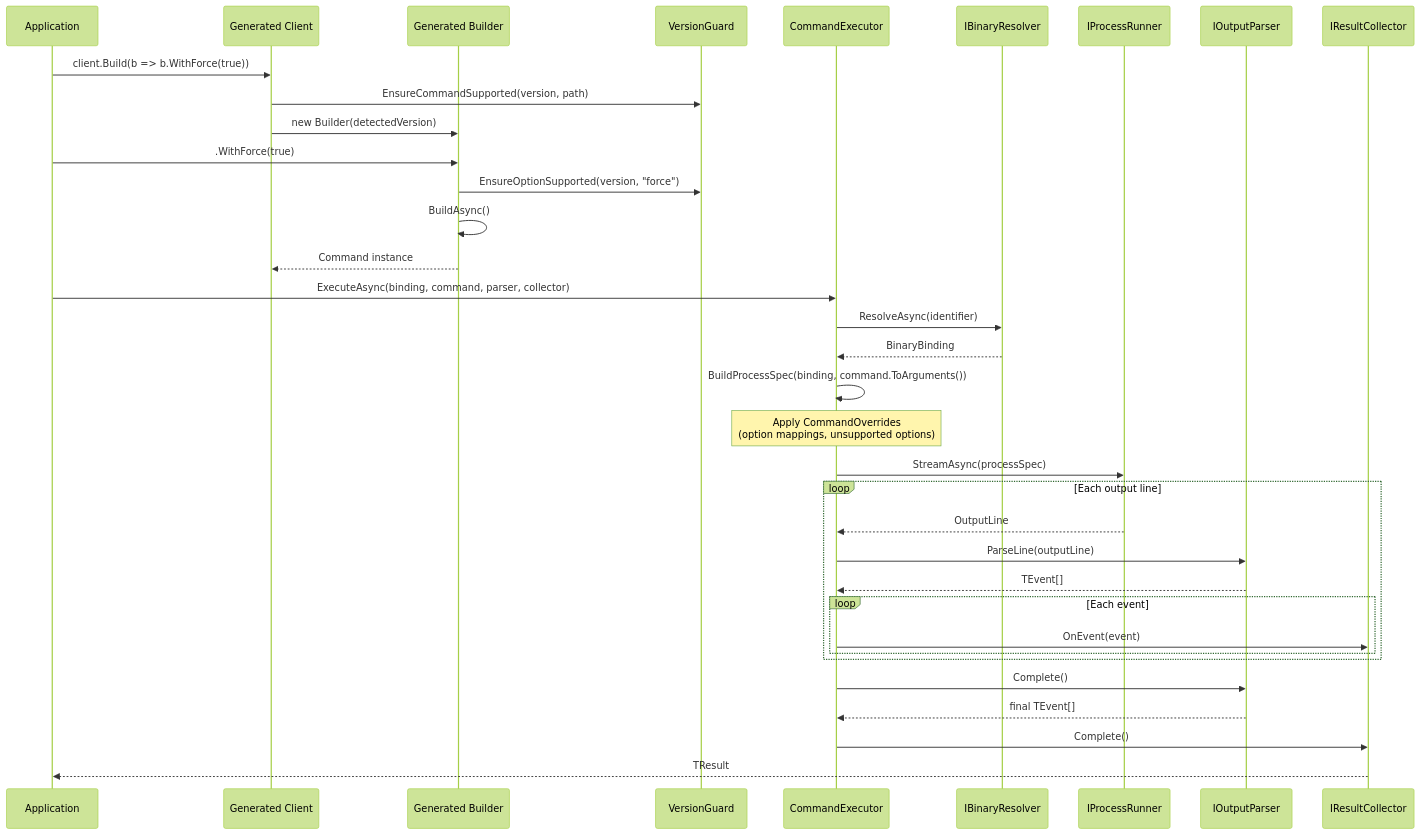
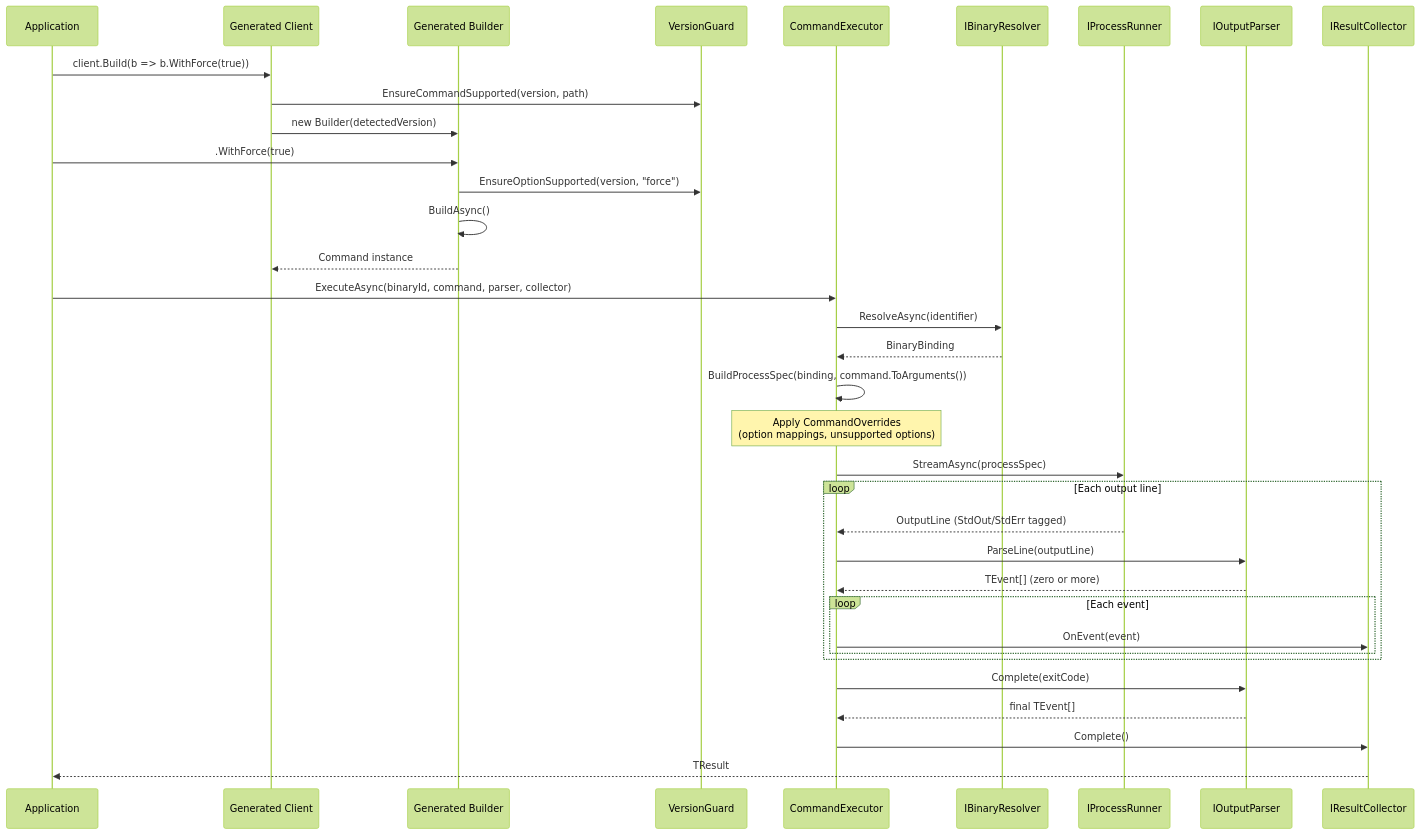
One commit to FrenchExDev/FrenchExDev changed the third of 14 diagrams in Net/FrenchExDev/BinaryWrapper/doc/ARCHITECTURE.md. Above: the diagram before and after it, drawn with Mermaid (forest theme). The commit also changed other lines of this file and 29723 other files, not shown here.

````diff
--- a/Net/FrenchExDev/BinaryWrapper/doc/ARCHITECTURE.md
+++ b/Net/FrenchExDev/BinaryWrapper/doc/ARCHITECTURE.md
@@ -244,41 +147,41 @@
 ```mermaid
 sequenceDiagram
     participant App as Application
     participant Client as Generated Client
     participant Builder as Generated Builder
     participant VG as VersionGuard
     participant Executor as CommandExecutor
     participant Resolver as IBinaryResolver
     participant Runner as IProcessRunner
     participant Parser as IOutputParser
     participant Collector as IResultCollector
 
     App->>Client: client.Build(b => b.WithForce(true))
     Client->>VG: EnsureCommandSupported(version, path)
     Client->>Builder: new Builder(detectedVersion)
     App->>Builder: .WithForce(true)
     Builder->>VG: EnsureOptionSupported(version, "force")
     Builder->>Builder: BuildAsync()
     Builder-->>Client: Command instance
 
-    App->>Executor: ExecuteAsync(binding, command, parser, collector)
+    App->>Executor: ExecuteAsync(binaryId, command, parser, collector)
     Executor->>Resolver: ResolveAsync(identifier)
     Resolver-->>Executor: BinaryBinding
 
     Executor->>Executor: BuildProcessSpec(binding, command.ToArguments())
-    Note over Executor: Apply CommandOverrides<br/>(option mappings, unsupported options)
+    Note over Executor: Apply CommandOverrides<br>(option mappings, unsupported options)
 
     Executor->>Runner: StreamAsync(processSpec)
     loop Each output line
-        Runner-->>Executor: OutputLine
+        Runner-->>Executor: OutputLine (StdOut/StdErr tagged)
         Executor->>Parser: ParseLine(outputLine)
-        Parser-->>Executor: TEvent[]
+        Parser-->>Executor: TEvent[] (zero or more)
         loop Each event
             Executor->>Collector: OnEvent(event)
         end
     end
-    Executor->>Parser: Complete()
+    Executor->>Parser: Complete(exitCode)
     Parser-->>Executor: final TEvent[]
     Executor->>Collector: Complete()
     Collector-->>App: TResult
 ```
````
